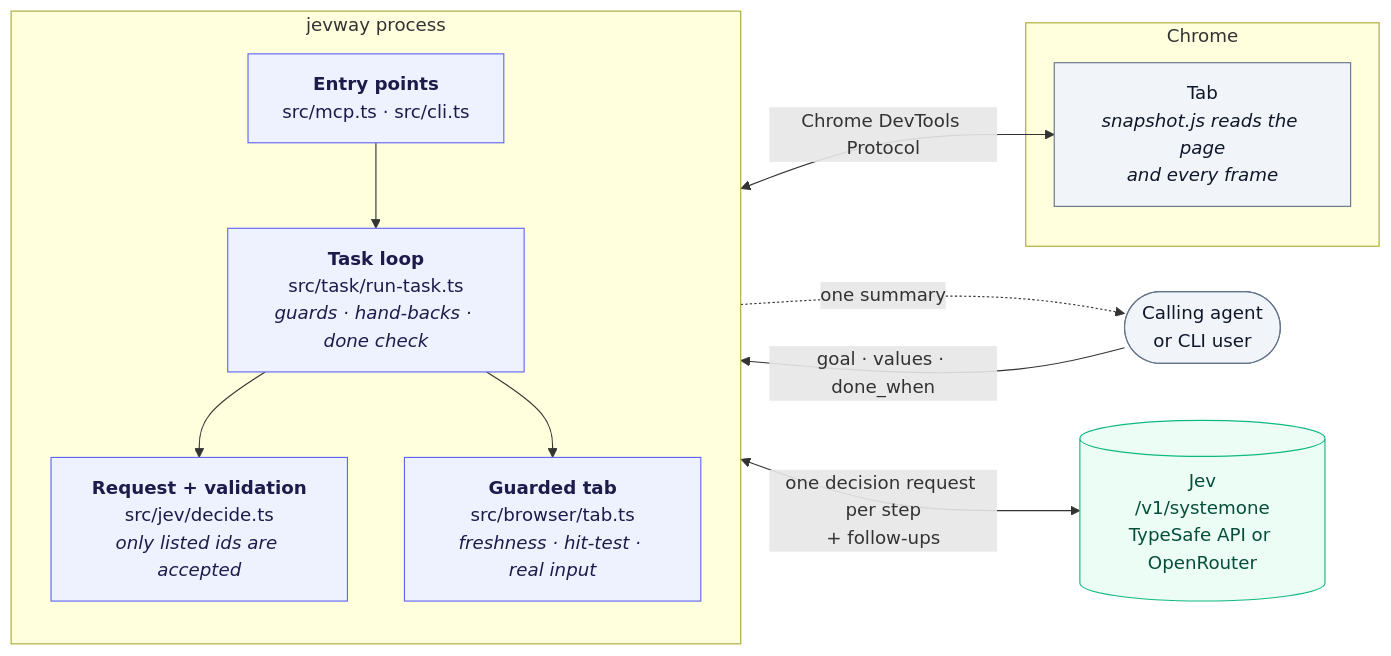
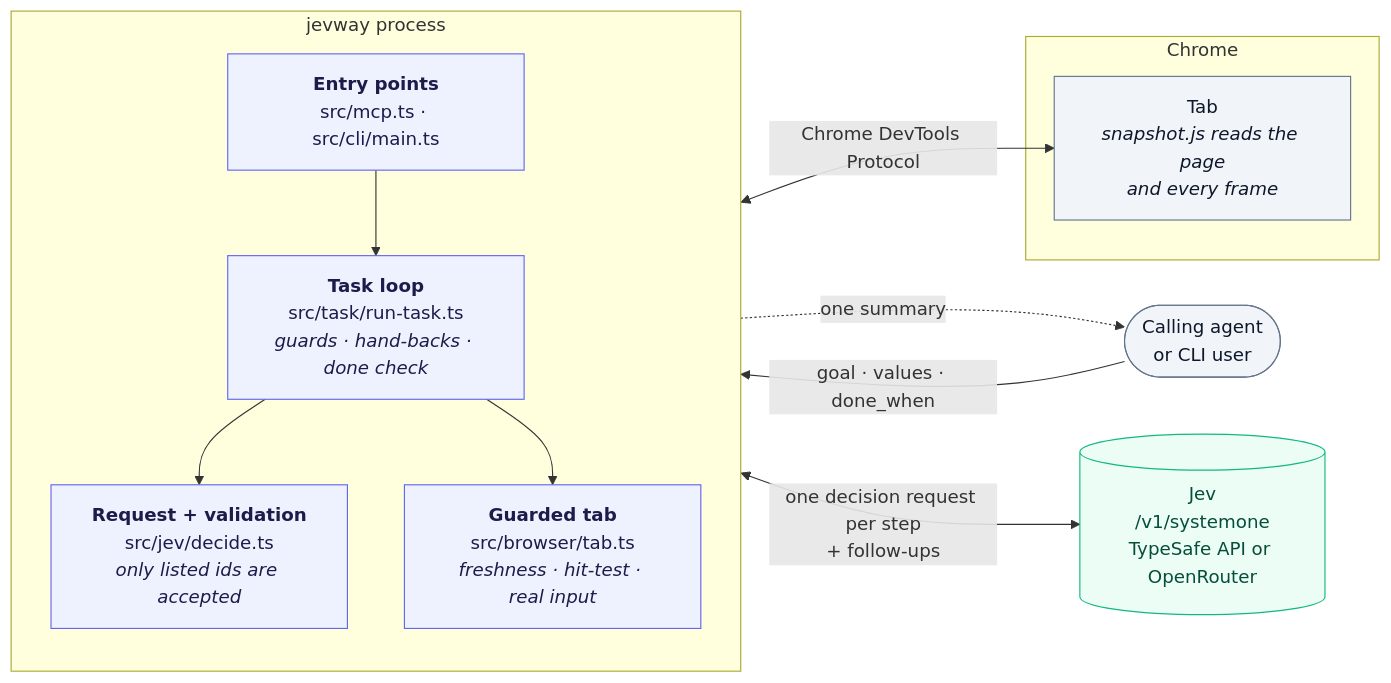
One commit to AbdallahAHO/jevway changed the first of 2 diagrams in docs/how-it-works.md. Above: the diagram before and after it, drawn with Mermaid. The commit also changed other lines of this file and 4 other files, not shown here.

````diff
--- a/docs/how-it-works.md
+++ b/docs/how-it-works.md
@@ -26,33 +26,33 @@
 ```mermaid
 flowchart LR
     agent(["Calling agent<br/>or CLI user"])
 
     subgraph jevway["jevway process"]
         direction TB
-        entry["<b>Entry points</b><br/>src/mcp.ts · src/cli.ts"]
+        entry["<b>Entry points</b><br/>src/mcp.ts · src/cli/main.ts"]
         loop["<b>Task loop</b><br/>src/task/run-task.ts<br/><i>guards · hand-backs · done check</i>"]
         decide["<b>Request + validation</b><br/>src/jev/decide.ts<br/><i>only listed ids are accepted</i>"]
         tab["<b>Guarded tab</b><br/>src/browser/tab.ts<br/><i>freshness · hit-test · real input</i>"]
         entry --> loop
         loop --> decide
         loop --> tab
     end
 
     subgraph browser["Chrome"]
         page["Tab<br/><i>snapshot.js reads the page<br/>and every frame</i>"]
     end
 
     jev[("Jev<br/>/v1/systemone<br/>TypeSafe API or OpenRouter")]
 
     agent -- "goal · values · done_when" --> entry
     entry -. "one summary" .-> agent
     decide <-- "one decision request per step<br/>+ follow-ups" --> jev
     tab <-- "Chrome DevTools Protocol" --> page
 
     classDef ext fill:#f1f5f9,stroke:#64748b,color:#0f172a
     classDef core fill:#eef2ff,stroke:#6366f1,color:#1e1b4b
     classDef model fill:#ecfdf5,stroke:#10b981,color:#064e3b
     class agent,page ext
     class entry,loop,decide,tab core
     class jev model
 ```
````
